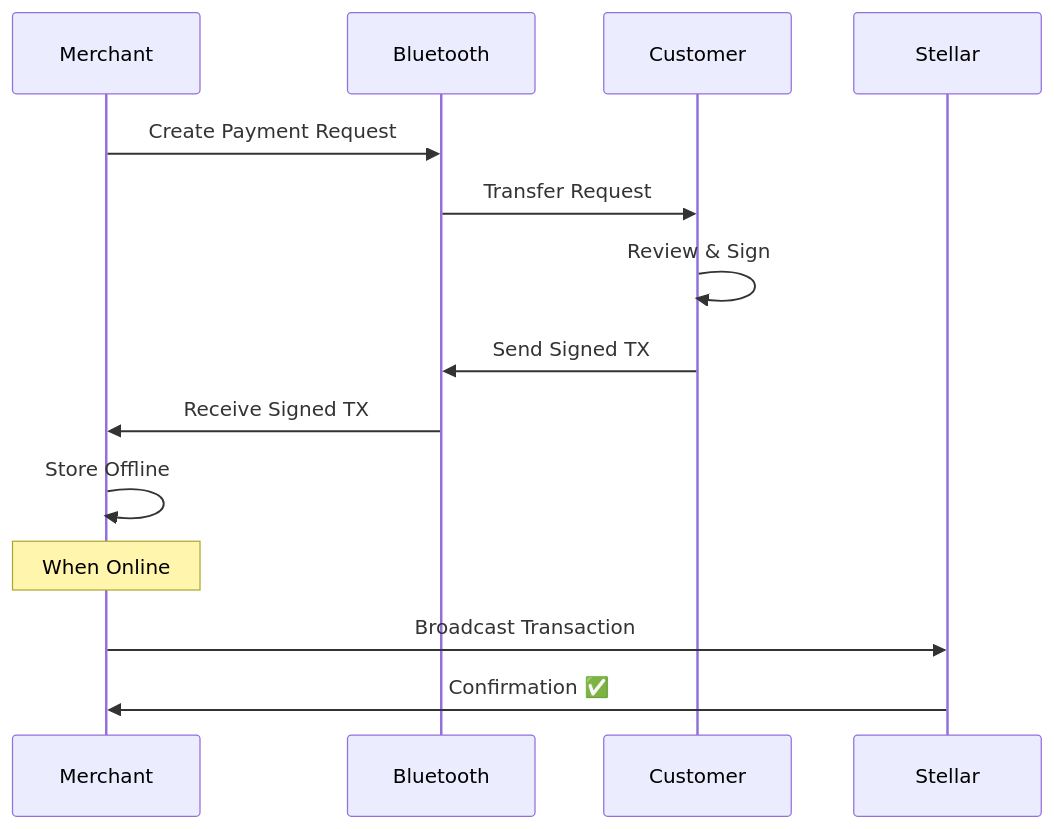
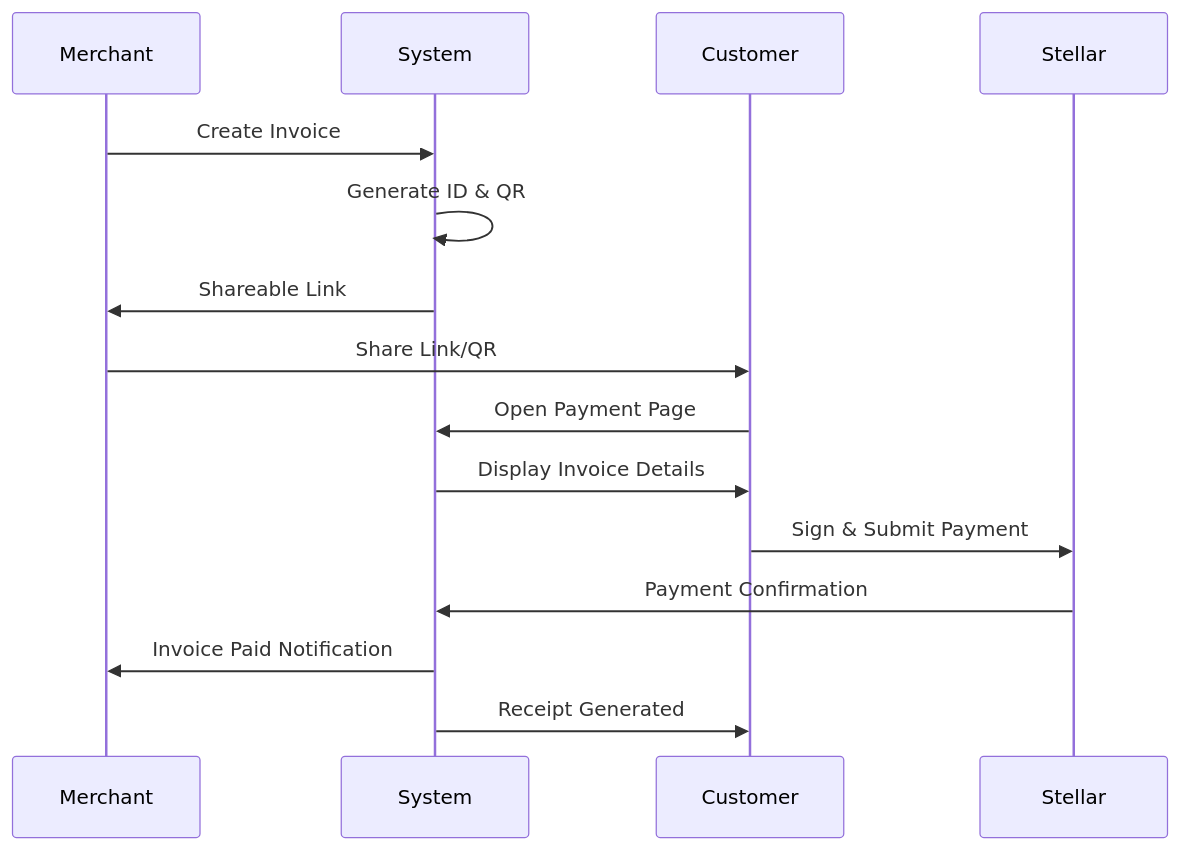
One commit to rohitjadhav07/Nexar changed the third of 4 diagrams in README.md. Above: the diagram before and after it, drawn with Mermaid. The commit also changed other lines of this file and 4 other files, not shown here.

Commit message:
Create professional README with architecture diagrams and clean up redundant files

````diff
--- a/README.md
+++ b/README.md
@@ -169,17 +161,18 @@
 ```mermaid
 sequenceDiagram
     participant Merchant
-    participant Bluetooth
+    participant System
     participant Customer
     participant Stellar
     
-    Merchant->>Bluetooth: Create Payment Request
-    Bluetooth->>Customer: Transfer Request
-    Customer->>Customer: Review & Sign
-    Customer->>Bluetooth: Send Signed TX
-    Bluetooth->>Merchant: Receive Signed TX
-    Merchant->>Merchant: Store Offline
-    Note over Merchant: When Online
-    Merchant->>Stellar: Broadcast Transaction
-    Stellar->>Merchant: Confirmation ✅
+    Merchant->>System: Create Invoice
+    System->>System: Generate ID & QR
+    System->>Merchant: Shareable Link
+    Merchant->>Customer: Share Link/QR
+    Customer->>System: Open Payment Page
+    System->>Customer: Display Invoice Details
+    Customer->>Stellar: Sign & Submit Payment
+    Stellar->>System: Payment Confirmation
+    System->>Merchant: Invoice Paid Notification
+    System->>Customer: Receipt Generated
 ```
````
